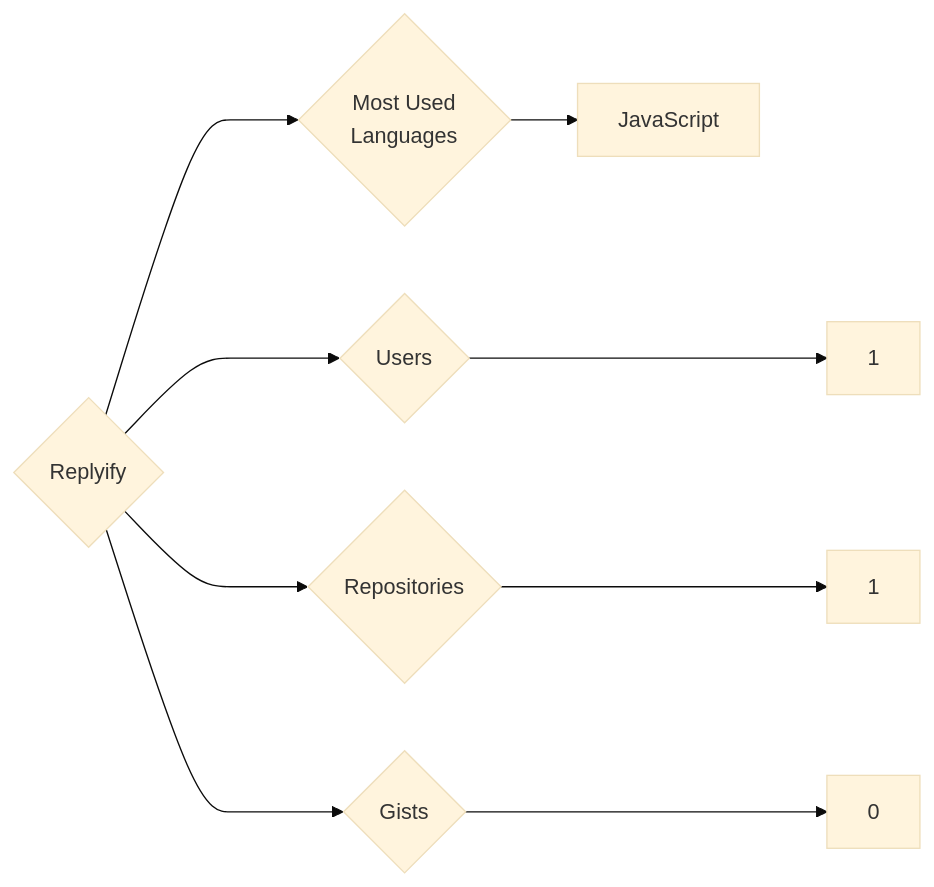
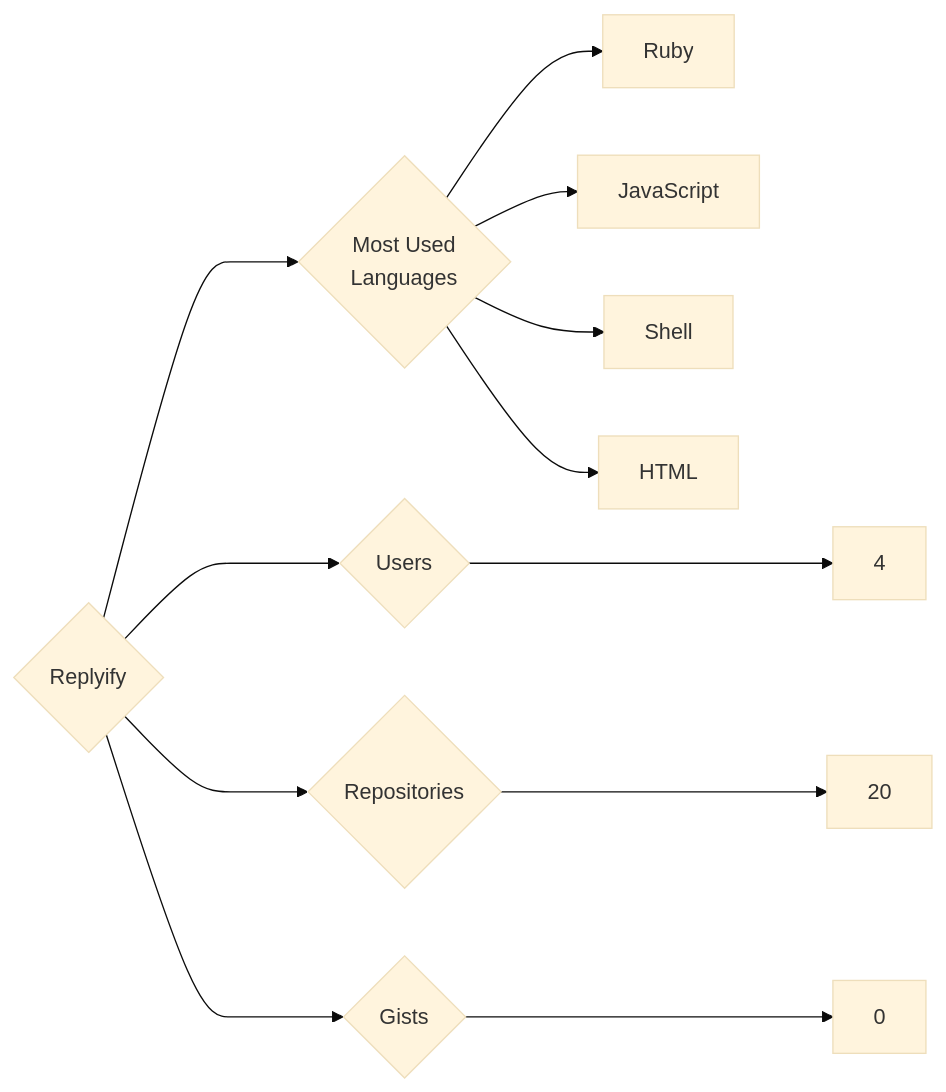
One commit to trickest/insiders changed the diagram in targets/Replyify/README.md. Above: the diagram before and after it, drawn with Mermaid (base theme). The commit also changed 1696 other files, not shown here.

````diff
--- a/targets/Replyify/README.md
+++ b/targets/Replyify/README.md
@@ -3,9 +3,12 @@
 ```mermaid
 graph LR
 COMPANY_NAME{Replyify}
-COMPANY_NAME ---> U{Users} ---> UN[1]
-COMPANY_NAME ---> R{Repositories} ---> RN[1]
+COMPANY_NAME ---> U{Users} ---> UN[4]
+COMPANY_NAME ---> R{Repositories} ---> RN[20]
 COMPANY_NAME ---> G{Gists} ---> GN[0]
 COMPANY_NAME ---> ML{Most Used<br>Languages}
+ML --> Ruby[Ruby]
 ML --> JavaScript[JavaScript]
+ML --> Shell[Shell]
+ML --> HTML[HTML]
 ```
````
